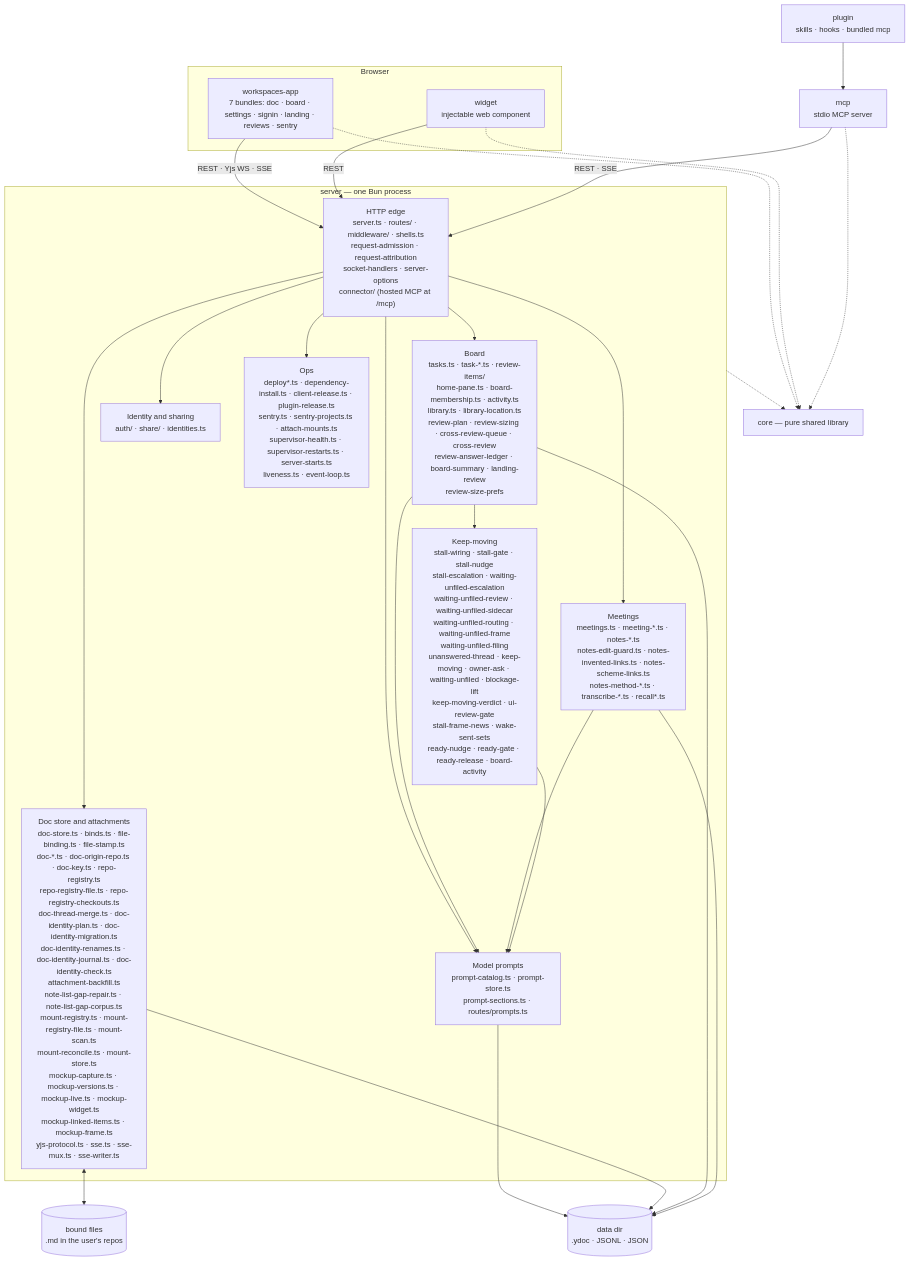
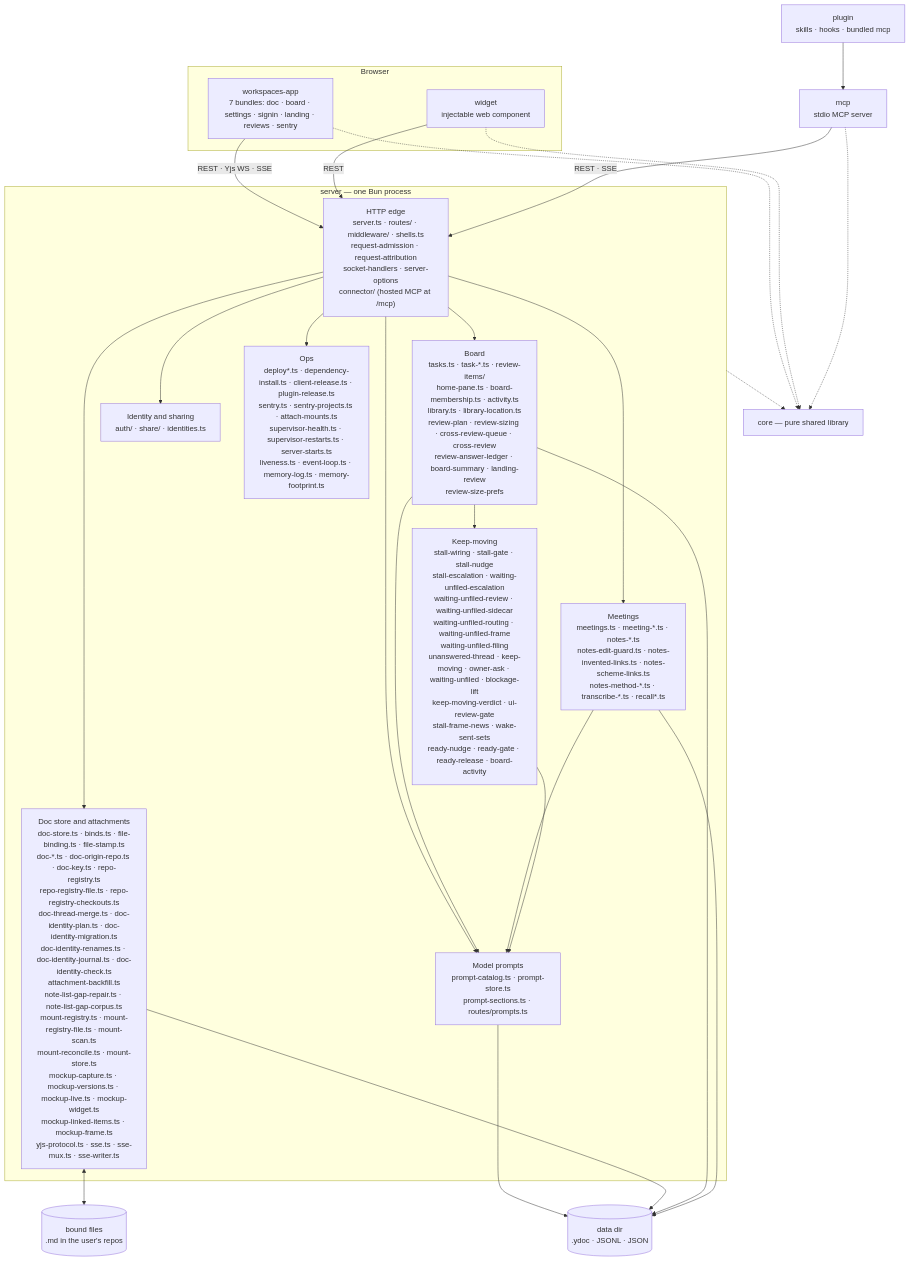
One commit to fryanpan/claude-workspaces-plugin changed the first of 2 diagrams in docs/architecture/overview.md. Above: the diagram before and after it, drawn with Mermaid. The commit also changed other lines of this file and 6 other files, not shown here.

First line of the commit message:
The memory line reads the footprint macOS counts, every 30 seconds, and names what the window did (#1131)

````diff
--- a/docs/architecture/overview.md
+++ b/docs/architecture/overview.md
@@ -45,35 +45,35 @@
 ```mermaid
 flowchart TB
   subgraph browser[Browser]
     app["workspaces-app<br/>7 bundles: doc · board · settings · signin · landing · reviews · sentry"]
     wid["widget<br/>injectable web component"]
   end
   plug["plugin<br/>skills · hooks · bundled mcp"]
   mcp["mcp<br/>stdio MCP server"]
   subgraph srv["server — one Bun process"]
     edge["HTTP edge<br/>server.ts · routes/ · middleware/ · shells.ts<br/>request-admission · request-attribution<br/>socket-handlers · server-options<br/>connector/ (hosted MCP at /mcp)"]
     docs["Doc store and attachments<br/>doc-store.ts · binds.ts · file-binding.ts · file-stamp.ts<br/>doc-*.ts · doc-origin-repo.ts · doc-key.ts · repo-registry.ts<br/>repo-registry-file.ts · repo-registry-checkouts.ts<br/>doc-thread-merge.ts · doc-identity-plan.ts · doc-identity-migration.ts<br/>doc-identity-renames.ts · doc-identity-journal.ts · doc-identity-check.ts<br/>attachment-backfill.ts<br/>note-list-gap-repair.ts · note-list-gap-corpus.ts<br/>mount-registry.ts · mount-registry-file.ts · mount-scan.ts<br/>mount-reconcile.ts · mount-store.ts<br/>mockup-capture.ts · mockup-versions.ts · mockup-live.ts · mockup-widget.ts<br/>mockup-linked-items.ts · mockup-frame.ts<br/>yjs-protocol.ts · sse.ts · sse-mux.ts · sse-writer.ts"]
     board["Board<br/>tasks.ts · task-*.ts · review-items/<br/>home-pane.ts · board-membership.ts · activity.ts<br/>library.ts · library-location.ts<br/>review-plan · review-sizing · cross-review-queue · cross-review<br/>review-answer-ledger · board-summary · landing-review<br/>review-size-prefs"]
     meet["Meetings<br/>meetings.ts · meeting-*.ts · notes-*.ts<br/>notes-edit-guard.ts · notes-invented-links.ts · notes-scheme-links.ts<br/>notes-method-*.ts · transcribe-*.ts · recall*.ts"]
     keep["Keep-moving<br/>stall-wiring · stall-gate · stall-nudge<br/>stall-escalation · waiting-unfiled-escalation<br/>waiting-unfiled-review · waiting-unfiled-sidecar<br/>waiting-unfiled-routing · waiting-unfiled-frame<br/>waiting-unfiled-filing<br/>unanswered-thread · keep-moving · owner-ask · waiting-unfiled · blockage-lift<br/>keep-moving-verdict · ui-review-gate<br/>stall-frame-news · wake-sent-sets<br/>ready-nudge · ready-gate · ready-release · board-activity"]
     ident["Identity and sharing<br/>auth/ · share/ · identities.ts"]
     prompts["Model prompts<br/>prompt-catalog.ts · prompt-store.ts<br/>prompt-sections.ts · routes/prompts.ts"]
-    ops["Ops<br/>deploy*.ts · dependency-install.ts · client-release.ts · plugin-release.ts<br/>sentry.ts · sentry-projects.ts · attach-mounts.ts<br/>supervisor-health.ts · supervisor-restarts.ts · server-starts.ts<br/>liveness.ts · event-loop.ts"]
+    ops["Ops<br/>deploy*.ts · dependency-install.ts · client-release.ts · plugin-release.ts<br/>sentry.ts · sentry-projects.ts · attach-mounts.ts<br/>supervisor-health.ts · supervisor-restarts.ts · server-starts.ts<br/>liveness.ts · event-loop.ts · memory-log.ts · memory-footprint.ts"]
   end
   core["core — pure shared library"]
   disk[("data dir<br/>.ydoc · JSONL · JSON")]
   files[("bound files<br/>.md in the user's repos")]
 
   app -->|"REST · Yjs WS · SSE"| edge
   wid -->|REST| edge
   plug --> mcp
   mcp -->|"REST · SSE"| edge
   edge --> docs & board & meet & ident & ops & prompts
   board & meet & keep --> prompts
   prompts --> disk
   board --> keep
   docs <--> files
   docs & board & meet --> disk
   app & wid & mcp -.-> core
   srv -.-> core
 ```
````
